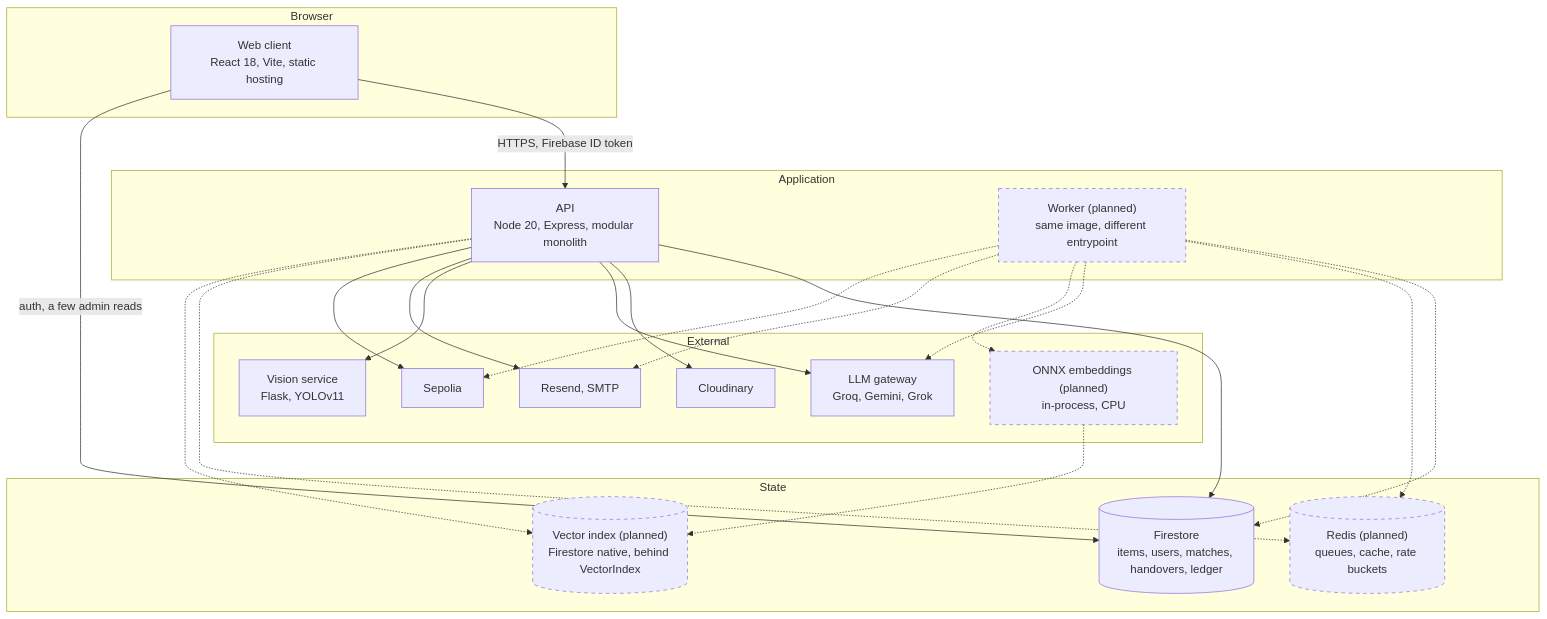
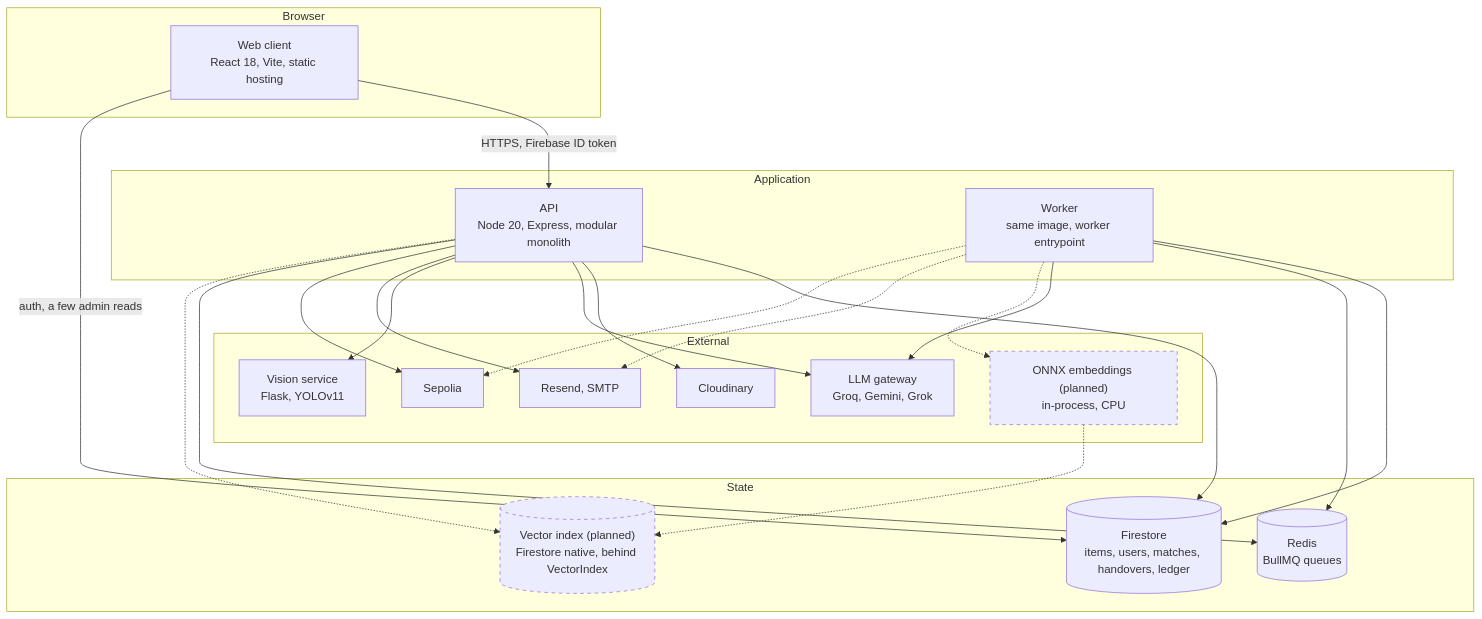
The first of 2 diagrams in docs/architecture/c4-container.md (Vinay-R-S/ReClaim-AI), drawn with Mermaid before and after one commit. The commit also changed other lines of this file and 47 other files, not shown here.

````diff
--- a/docs/architecture/c4-container.md
+++ b/docs/architecture/c4-container.md
@@ -6,49 +6,49 @@
 ```mermaid
 flowchart TB
     subgraph browser["Browser"]
         client["Web client<br/>React 18, Vite, static hosting"]
     end
 
     subgraph runtime["Application"]
         api["API<br/>Node 20, Express, modular monolith"]
-        worker["Worker (planned)<br/>same image, different entrypoint"]
+        worker["Worker<br/>same image, worker entrypoint"]
     end
 
     subgraph data["State"]
         firestore[("Firestore<br/>items, users, matches, handovers, ledger")]
-        redis[("Redis (planned)<br/>queues, cache, rate buckets")]
+        redis[("Redis<br/>BullMQ queues")]
         vectors[("Vector index (planned)<br/>Firestore native, behind VectorIndex")]
     end
 
     subgraph external["External"]
         cloudinary["Cloudinary"]
         llm["LLM gateway<br/>Groq, Gemini, Grok"]
         onnx["ONNX embeddings (planned)<br/>in-process, CPU"]
         yolo["Vision service<br/>Flask, YOLOv11"]
         email["Resend, SMTP"]
         chain["Sepolia"]
     end
 
     client -->|"HTTPS, Firebase ID token"| api
     client -->|"auth, a few admin reads"| firestore
 
     api --> firestore
     api --> cloudinary
     api --> llm
     api --> yolo
     api --> email
     api --> chain
-    api -.-> redis
+    api --> redis
 
-    worker -.-> firestore
-    worker -.-> redis
-    worker -.-> llm
+    worker --> firestore
+    worker --> redis
+    worker --> llm
     worker -.-> onnx
     worker -.-> email
     worker -.-> chain
     onnx -.-> vectors
     api -.-> vectors
 
     classDef planned stroke-dasharray: 5 5
-    class worker,redis,vectors,onnx planned
+    class vectors,onnx planned
 ```
````
